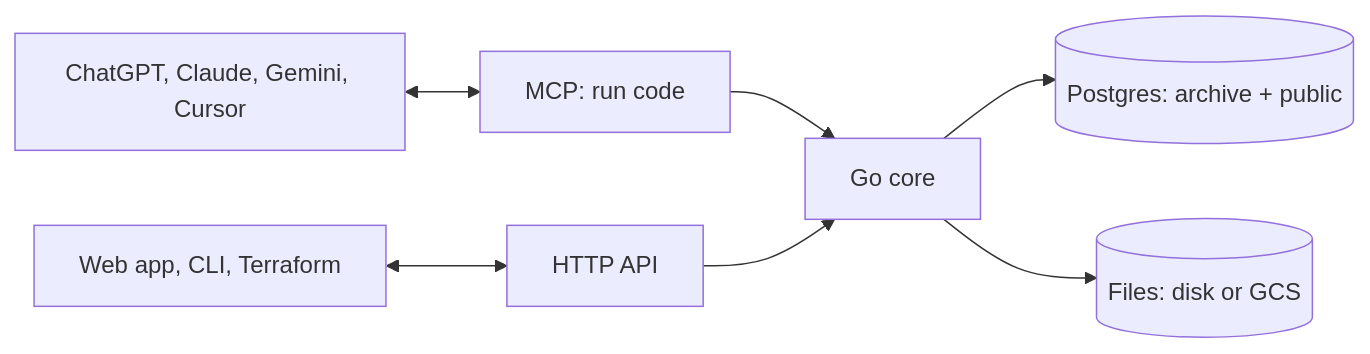
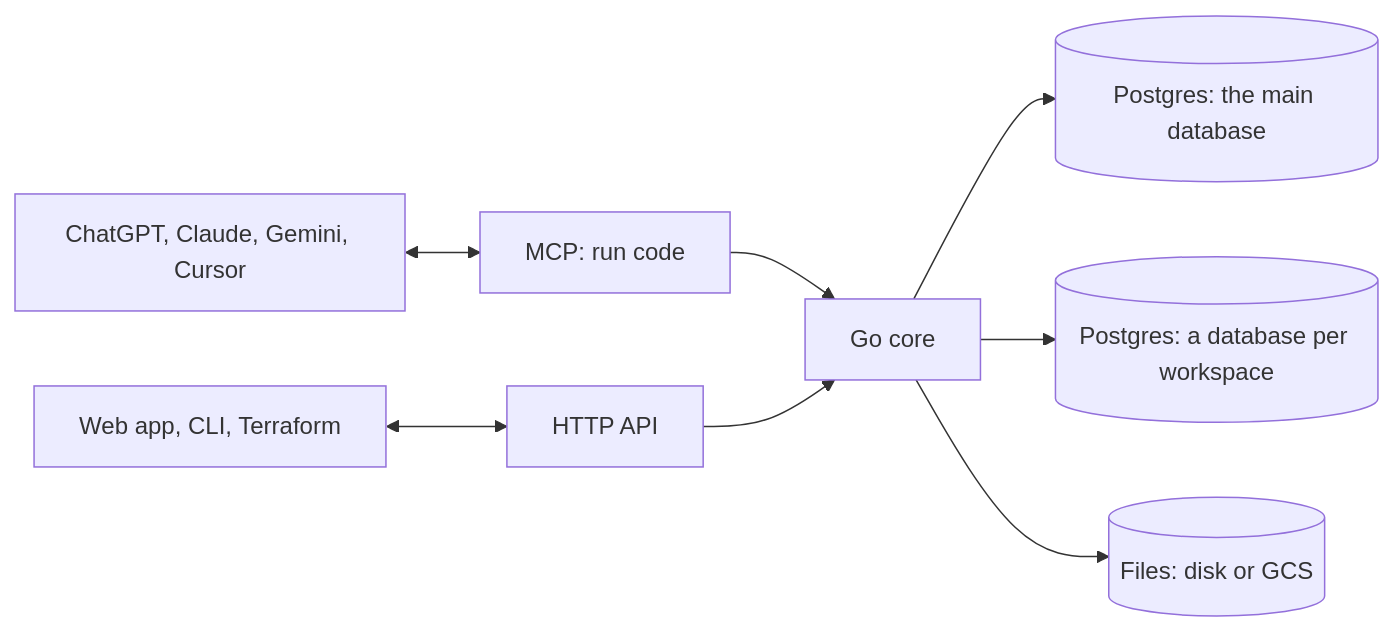
The diagram in README.md (Mulholland-Inc/archive), drawn with Mermaid before and after one commit. The commit also changed other lines of this file and 13 other files, not shown here.

First line of the commit message:
Archive keeps its instance data in a main database of its own, and every workspace, the first too, in its own

````diff
--- a/README.md
+++ b/README.md
@@ -234,7 +237,8 @@
 ```mermaid
 flowchart LR
   Apps[ChatGPT, Claude, Gemini, Cursor] <--> MCP[MCP: run code] --> Core[Go core]
   Clients[Web app, CLI, Terraform] <--> API[HTTP API] --> Core
-  Core --> PG[(Postgres: archive + public)]
+  Core --> Main[(Postgres: the main database)]
+  Core --> PG[(Postgres: a database per workspace)]
   Core --> Files[(Files: disk or GCS)]
 ```
````
